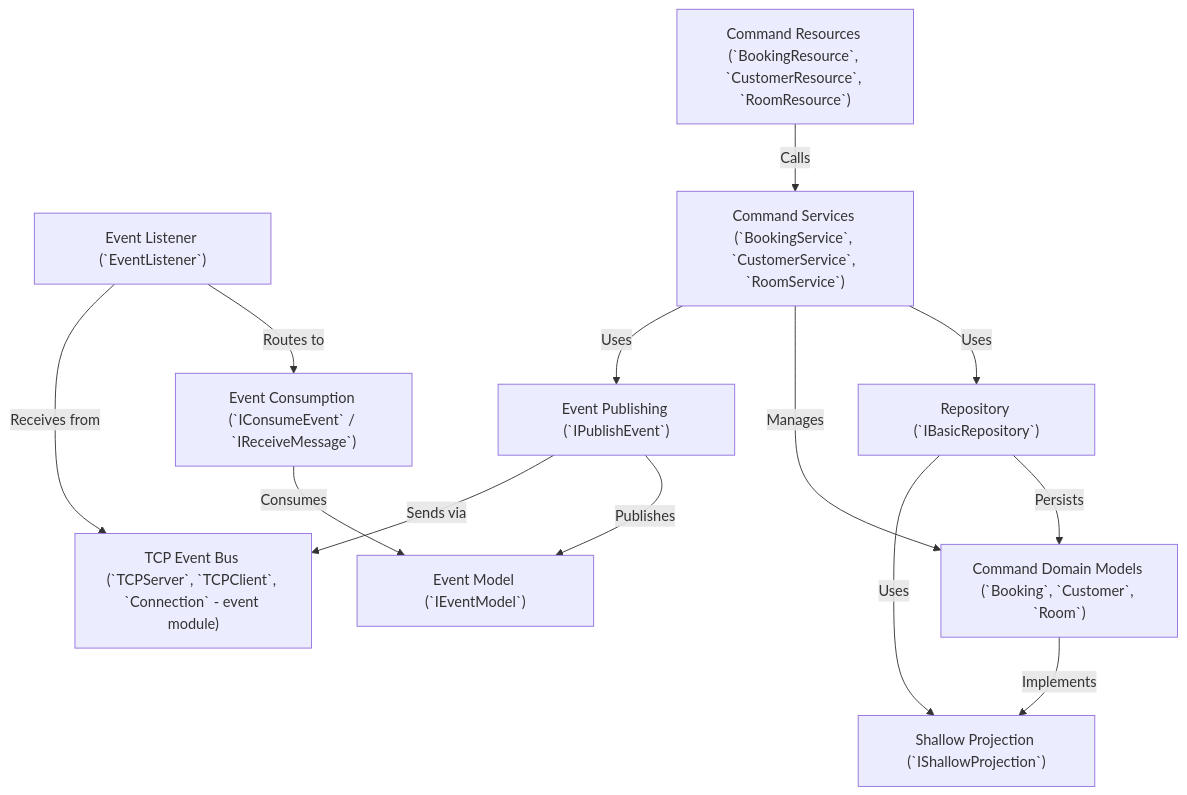
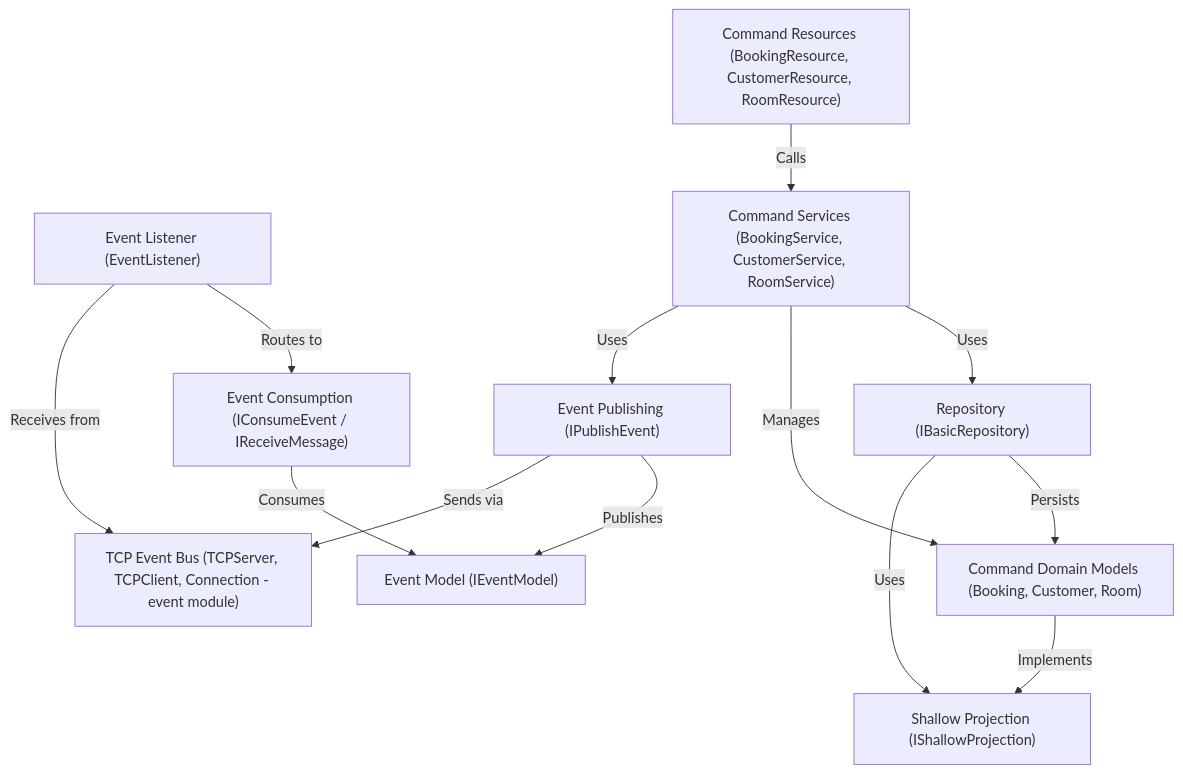
Before and after one commit to saveligulas/HotelSystem: the diagram in docs/index.md, drawn with Mermaid.

Commit message:
Fix for GitHub Markdown renderer

````diff
--- a/docs/index.md
+++ b/docs/index.md
@@ -7,35 +7,26 @@
 ```mermaid
 flowchart TD
-    A0["Event Model (`IEventModel`)
-"]
-    A1["Event Publishing (`IPublishEvent`)
-"]
-    A2["Event Consumption (`IConsumeEvent` / `IReceiveMessage`)
-"]
-    A3["Event Listener (`EventListener`)
-"]
-    A4["Repository (`IBasicRepository`)
-"]
-    A5["Command Domain Models (`Booking`, `Customer`, `Room`)
-"]
-    A6["Command Services (`BookingService`, `CustomerService`, `RoomService`)
-"]
-    A7["Command Resources (`BookingResource`, `CustomerResource`, `RoomResource`)
-"]
-    A8["Shallow Projection (`IShallowProjection`)
-"]
-    A9["TCP Event Bus (`TCPServer`, `TCPClient`, `Connection` - event module)
-"]
+    A0["Event Model (IEventModel)"]
+    A1["Event Publishing (IPublishEvent)"]
+    A2["Event Consumption (IConsumeEvent / IReceiveMessage)"]
+    A3["Event Listener (EventListener)"]
+    A4["Repository (IBasicRepository)"]
+    A5["Command Domain Models (Booking, Customer, Room)"]
+    A6["Command Services (BookingService, CustomerService, RoomService)"]
+    A7["Command Resources (BookingResource, CustomerResource, RoomResource)"]
+    A8["Shallow Projection (IShallowProjection)"]
+    A9["TCP Event Bus (TCPServer, TCPClient, Connection - event module)"]
+
     A7 -- "Calls" --> A6
     A6 -- "Uses" --> A4
     A6 -- "Manages" --> A5
     A4 -- "Persists" --> A5
     A5 -- "Implements" --> A8
     A4 -- "Uses" --> A8
     A6 -- "Uses" --> A1
     A1 -- "Publishes" --> A0
     A2 -- "Consumes" --> A0
     A3 -- "Routes to" --> A2
     A1 -- "Sends via" --> A9
     A3 -- "Receives from" --> A9
 ```
````
